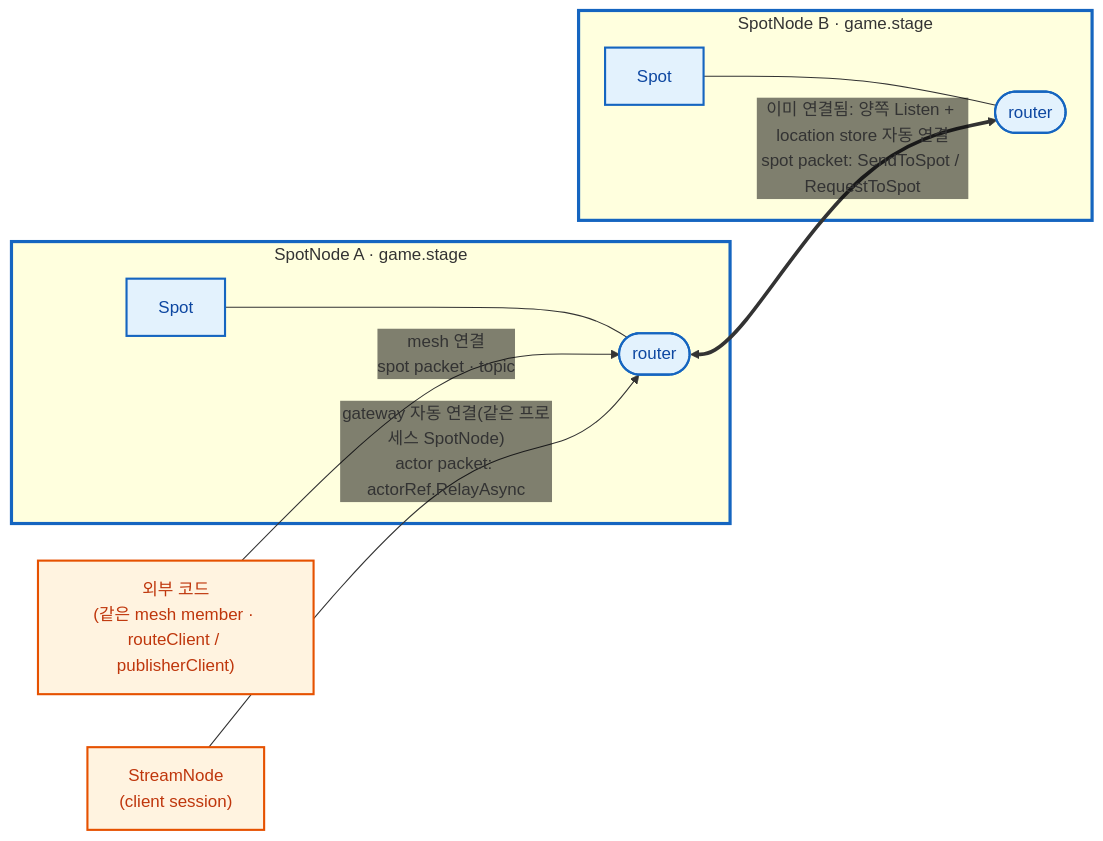
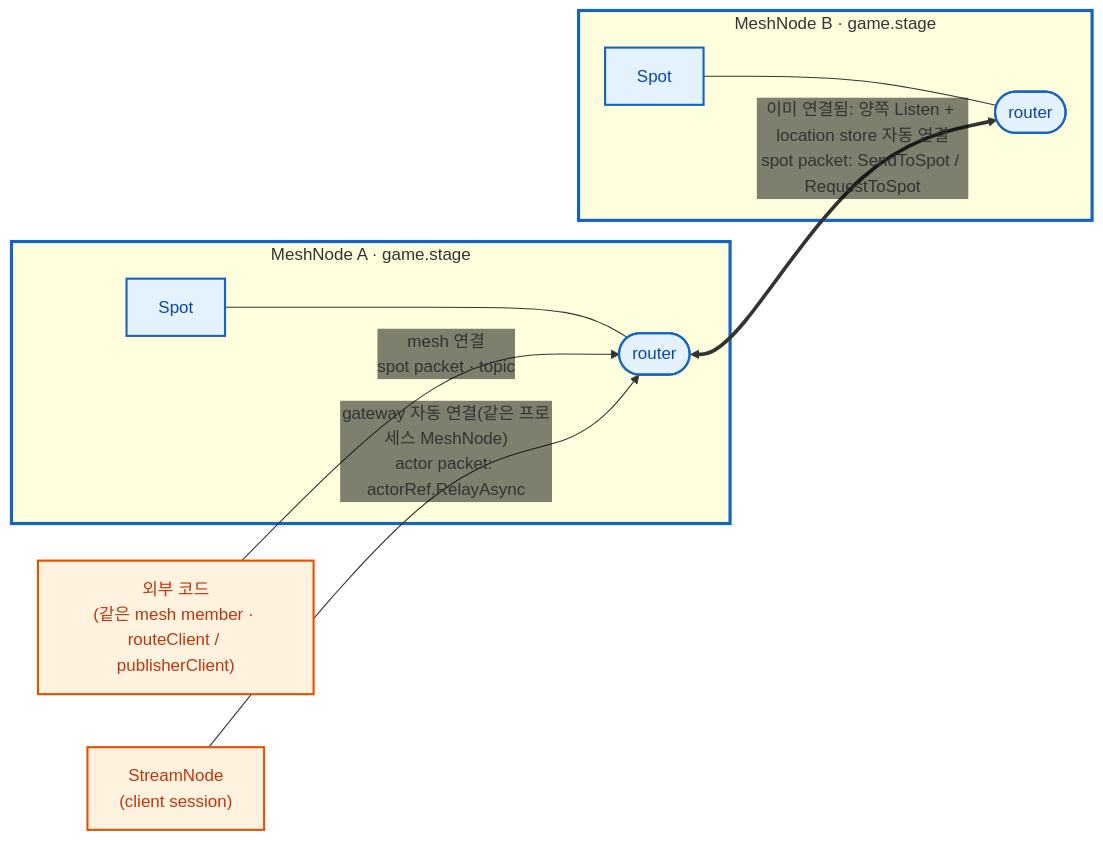
The seventh of 8 diagrams in framework/doc/framework/dotnet/guide/06-spot.ko.md (kairos-code-dev/zlink), drawn with Mermaid before and after one commit. The commit also changed other lines of this file and 8 other files, not shown here.

First line of the commit message:
docs(dotnet): finish MeshNode guide terminology

````diff
--- a/framework/doc/framework/dotnet/guide/06-spot.ko.md
+++ b/framework/doc/framework/dotnet/guide/06-spot.ko.md
@@ -853,19 +853,19 @@
 ```mermaid
 %%{init: {'themeVariables': {'edgeLabelBackground':'transparent'}}}%%
 flowchart LR
-  subgraph nodeA["SpotNode A · game.stage"]
+  subgraph nodeA["MeshNode A · game.stage"]
     spotA["Spot"] --- rA(["router"])
   end
-  subgraph nodeB["SpotNode B · game.stage"]
+  subgraph nodeB["MeshNode B · game.stage"]
     spotB["Spot"] --- rB(["router"])
   end
   rA <==>|"이미 연결됨: 양쪽 Listen + location store 자동 연결<br/>spot packet: SendToSpot / RequestToSpot"| rB
   api["외부 코드<br/>(같은 mesh member · routeClient / publisherClient)"] -->|"mesh 연결<br/>spot packet · topic"| rA
-  strm["StreamNode<br/>(client session)"] -->|"gateway 자동 연결(같은 프로세스 SpotNode)<br/>actor packet: actorRef.RelayAsync"| rA
+  strm["StreamNode<br/>(client session)"] -->|"gateway 자동 연결(같은 프로세스 MeshNode)<br/>actor packet: actorRef.RelayAsync"| rA
   classDef ownMesh fill:#e3f2fd,stroke:#1565c0,stroke-width:2px,color:#0d47a1;
   classDef ext fill:#fff3e0,stroke:#e65100,stroke-width:2px,color:#bf360c;
   class spotA,spotB,rA,rB ownMesh;
   class api,strm ext;
   style nodeA stroke:#1565c0,stroke-width:3px
   style nodeB stroke:#1565c0,stroke-width:3px
 ```
````
